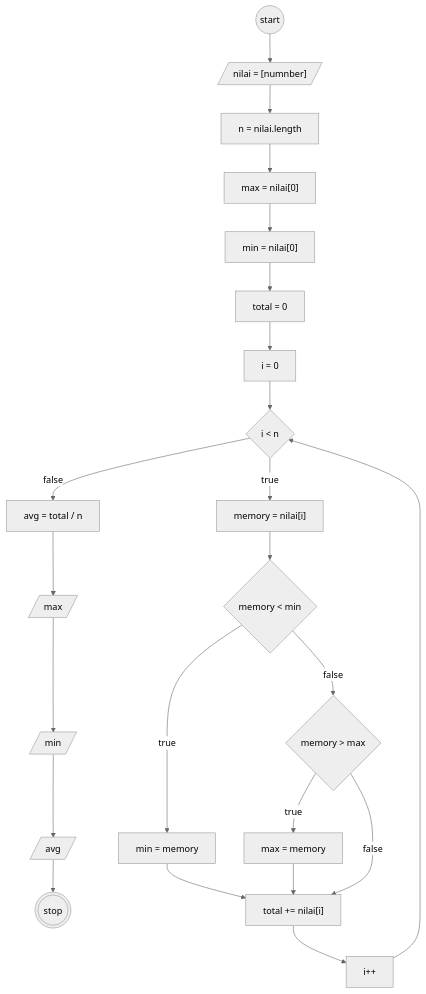
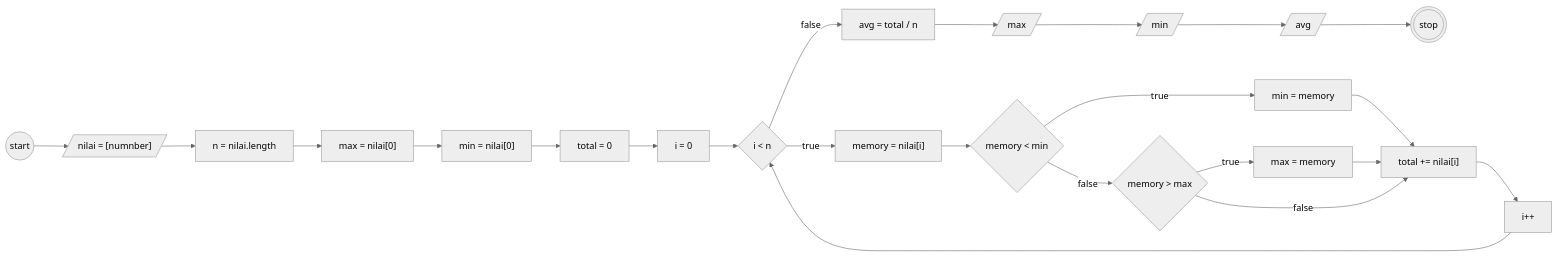
The diagram in README.md (ecenn/koda-b10-javascript4), drawn with Mermaid (neutral theme) before and after one commit.

````diff
--- a/README.md
+++ b/README.md
@@ -11,43 +11,43 @@
 ```mermaid
 
-flowchart TD
+flowchart LR
 
 start((start))
 stop(((stop)))
 
 nilai[/"nilai = [numnber]"/]
 
 n[n = nilai.length]
 
 index[i = 0]
 checkIndex{i < n}
 
 memory["memory = nilai[i]"]
 total[total = 0]
 
 max["max = nilai[0]"]
 inMax["max = memory"]
 min["min = nilai[0]"]
 inMin["min = memory"]
 avg[avg = total / n]
 
 incIndex[i++]
 
 addTotal["total += nilai[i]"]
 outMin[/min/]
 outMax[/max/]
 outAvg[/avg/]
 
 checkKecil{"memory < min"}
 checkBesar{"memory > max"}
 
 start --> nilai --> n --> max --> min --> total --> index --> checkIndex
 checkIndex --true--> memory --> checkKecil
 checkKecil --true--> inMin --> addTotal
 checkKecil --false--> checkBesar
 checkBesar --true--> inMax --> addTotal
 checkBesar --false--> addTotal
 addTotal --> incIndex --> checkIndex
 checkIndex --false--> avg --> outMax --> outMin --> outAvg --> stop
 
 ```
````
